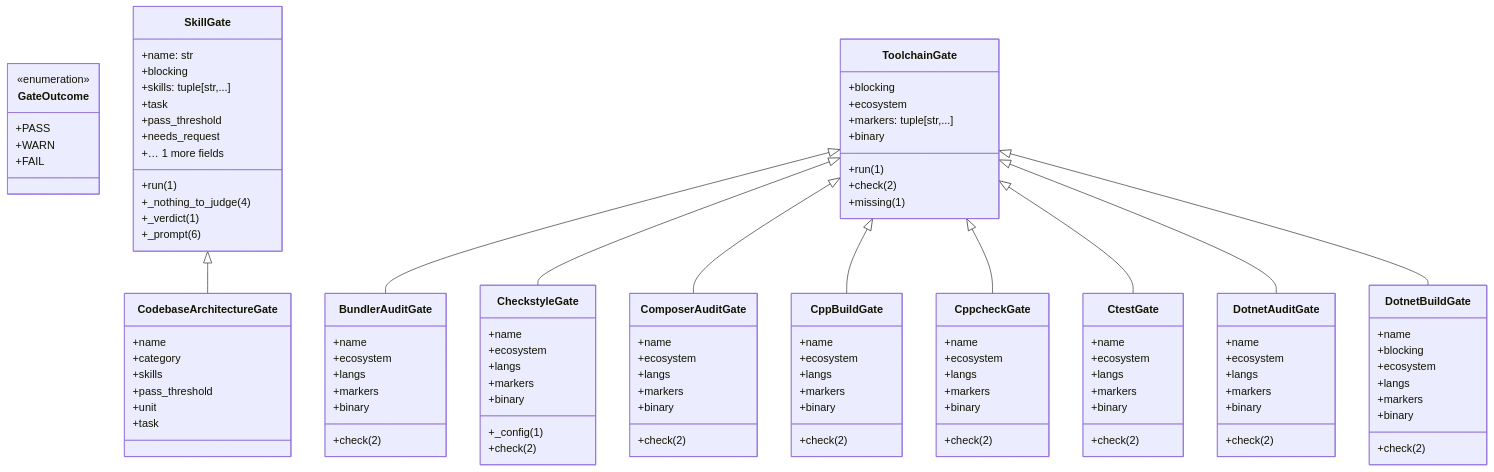
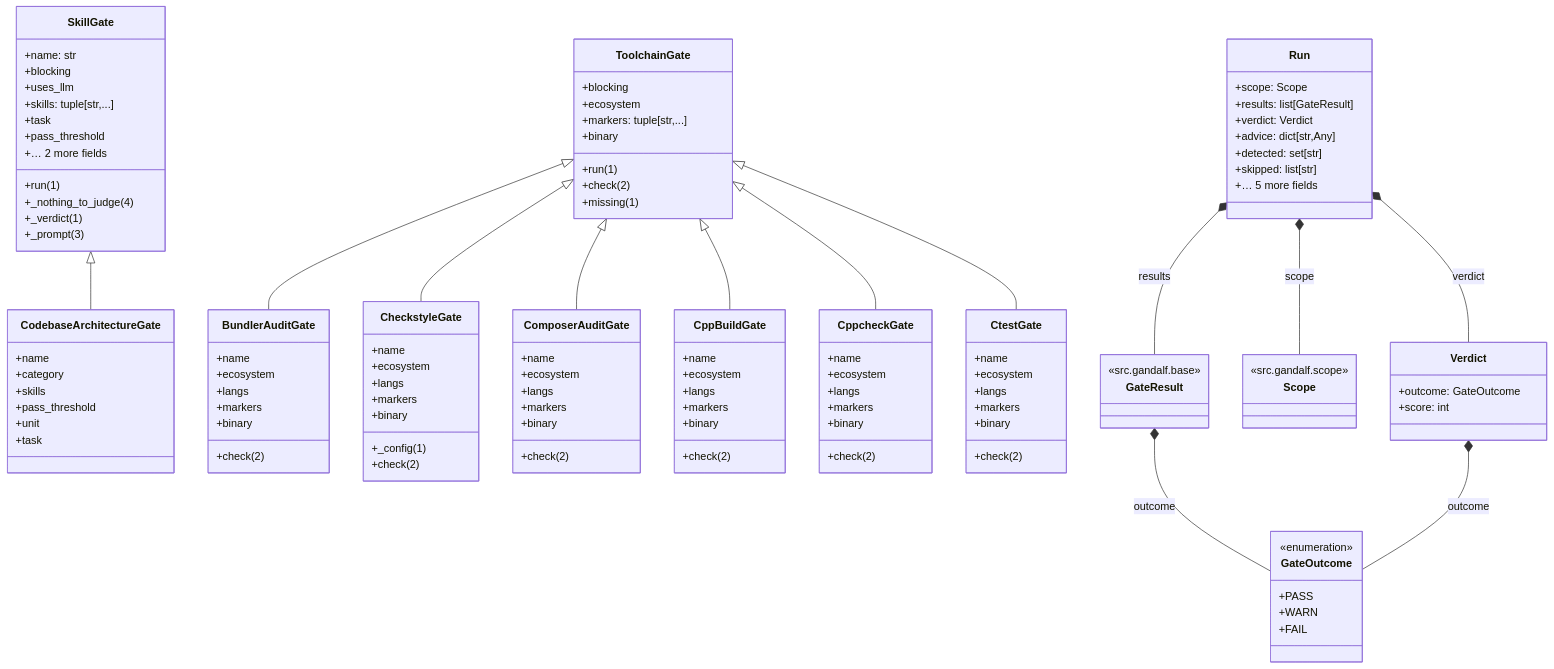
The second of 3 diagrams in ARCHITECTURE.md (fabiocicerchia/gandalf), drawn with Mermaid before and after one commit. The commit also changed other lines of this file and 22 other files, not shown here.

````diff
--- a/ARCHITECTURE.md
+++ b/ARCHITECTURE.md
@@ -513,41 +531,39 @@
     +binary
     +check(2)
   }
-  class DotnetAuditGate {
-    +name
-    +ecosystem
-    +langs
-    +markers
-    +binary
-    +check(2)
-  }
-  class DotnetBuildGate {
-    +name
-    +blocking
-    +ecosystem
-    +langs
-    +markers
-    +binary
-    +check(2)
-  }
   class GateOutcome {
     <<enumeration>>
     +PASS
     +WARN
     +FAIL
   }
+  class GateResult {
+    <<src.gandalf.base>>
+  }
+  class Run {
+    +scope: Scope
+    +results: list[GateResult]
+    +verdict: Verdict
+    +advice: dict[str,Any]
+    +detected: set[str]
+    +skipped: list[str]
+    +… 5 more fields
+  }
+  class Scope {
+    <<src.gandalf.scope>>
+  }
   class SkillGate {
     +name: str
     +blocking
+    +uses_llm
     +skills: tuple[str,...]
     +task
     +pass_threshold
-    +needs_request
-    +… 1 more fields
+    +… 2 more fields
     +run(1)
     +_nothing_to_judge(4)
     +_verdict(1)
-    +_prompt(6)
+    +_prompt(3)
   }
   class ToolchainGate {
     +blocking
@@ -558,6 +574,10 @@
     +check(2)
     +missing(1)
   }
+  class Verdict {
+    +outcome: GateOutcome
+    +score: int
+  }
   ToolchainGate <|-- BundlerAuditGate
   ToolchainGate <|-- CheckstyleGate
   SkillGate <|-- CodebaseArchitectureGate
@@ -565,6 +585,9 @@
   ToolchainGate <|-- CppBuildGate
   ToolchainGate <|-- CppcheckGate
   ToolchainGate <|-- CtestGate
-  ToolchainGate <|-- DotnetAuditGate
-  ToolchainGate <|-- DotnetBuildGate
+  GateResult *-- GateOutcome : outcome
+  Run *-- GateResult : results
+  Run *-- Scope : scope
+  Run *-- Verdict : verdict
+  Verdict *-- GateOutcome : outcome
 ```
````
